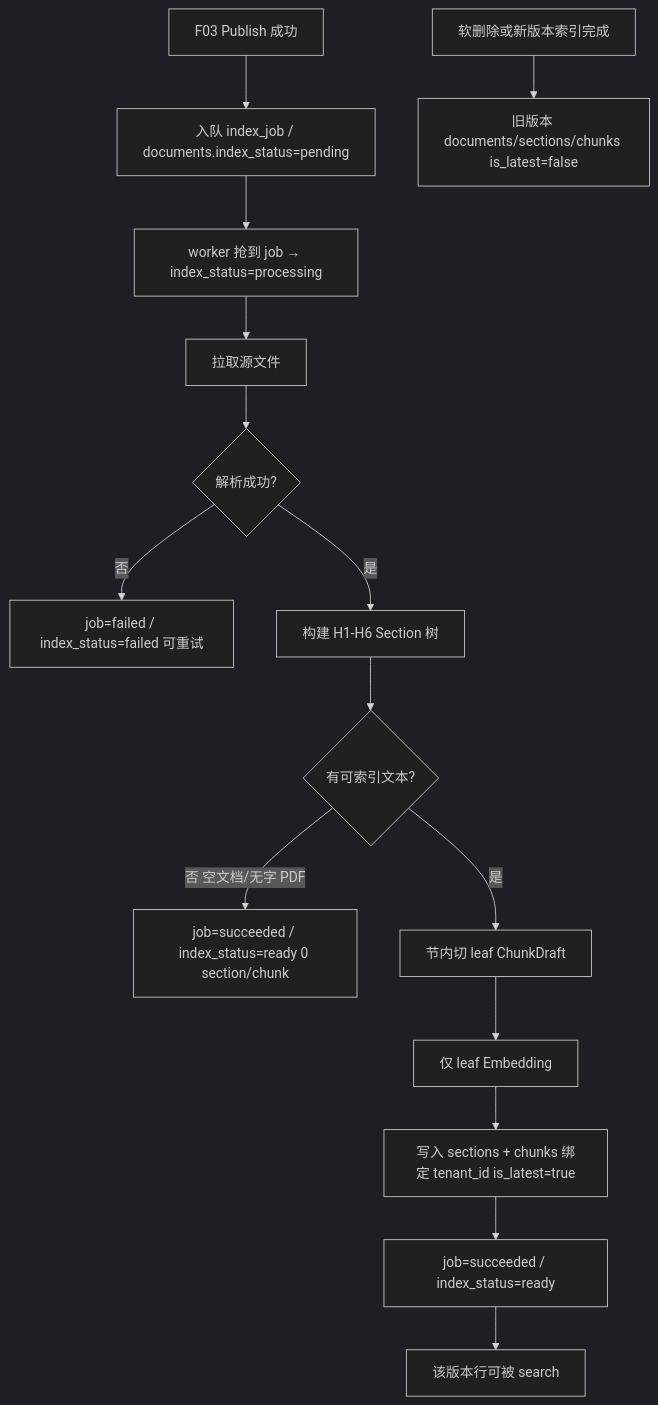
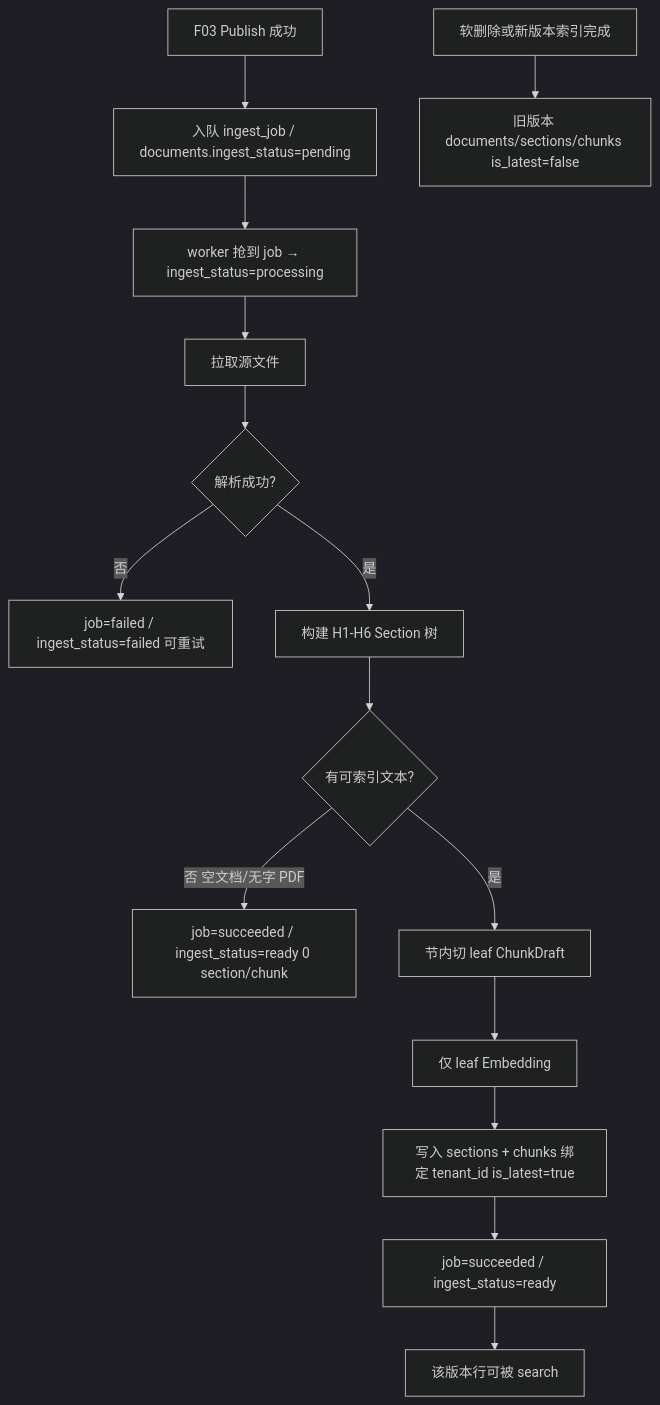
One commit to zmisi/rag-as-service changed the first of 3 diagrams in docs/specs/phase1/features/F04-doc-ingestion.md. Above: the diagram before and after it, drawn with Mermaid (dark theme). The commit also changed other lines of this file and 71 other files, not shown here.

````diff
--- a/docs/specs/phase1/features/F04-doc-ingestion.md
+++ b/docs/specs/phase1/features/F04-doc-ingestion.md
@@ -43,18 +43,18 @@
 ```mermaid
 flowchart TD
-  A[F03 Publish 成功] --> B[入队 index_job / documents.index_status=pending]
-  B --> C[worker 抢到 job → index_status=processing]
+  A[F03 Publish 成功] --> B[入队 ingest_job / documents.ingest_status=pending]
+  B --> C[worker 抢到 job → ingest_status=processing]
   C --> D[拉取源文件]
   D --> E{解析成功?}
-  E -->|否| E1[job=failed / index_status=failed 可重试]
+  E -->|否| E1[job=failed / ingest_status=failed 可重试]
   E -->|是| S[构建 H1-H6 Section 树]
   S --> F{有可索引文本?}
-  F -->|否 空文档/无字 PDF| I0[job=succeeded / index_status=ready 0 section/chunk]
+  F -->|否 空文档/无字 PDF| I0[job=succeeded / ingest_status=ready 0 section/chunk]
   F -->|是| G[节内切 leaf ChunkDraft]
   G --> H[仅 leaf Embedding]
   H --> W[写入 sections + chunks 绑定 tenant_id is_latest=true]
-  W --> I[job=succeeded / index_status=ready]
+  W --> I[job=succeeded / ingest_status=ready]
   I --> J[该版本行可被 search]
 
   K[软删除或新版本索引完成] --> L[旧版本 documents/sections/chunks is_latest=false]
 ```
````
